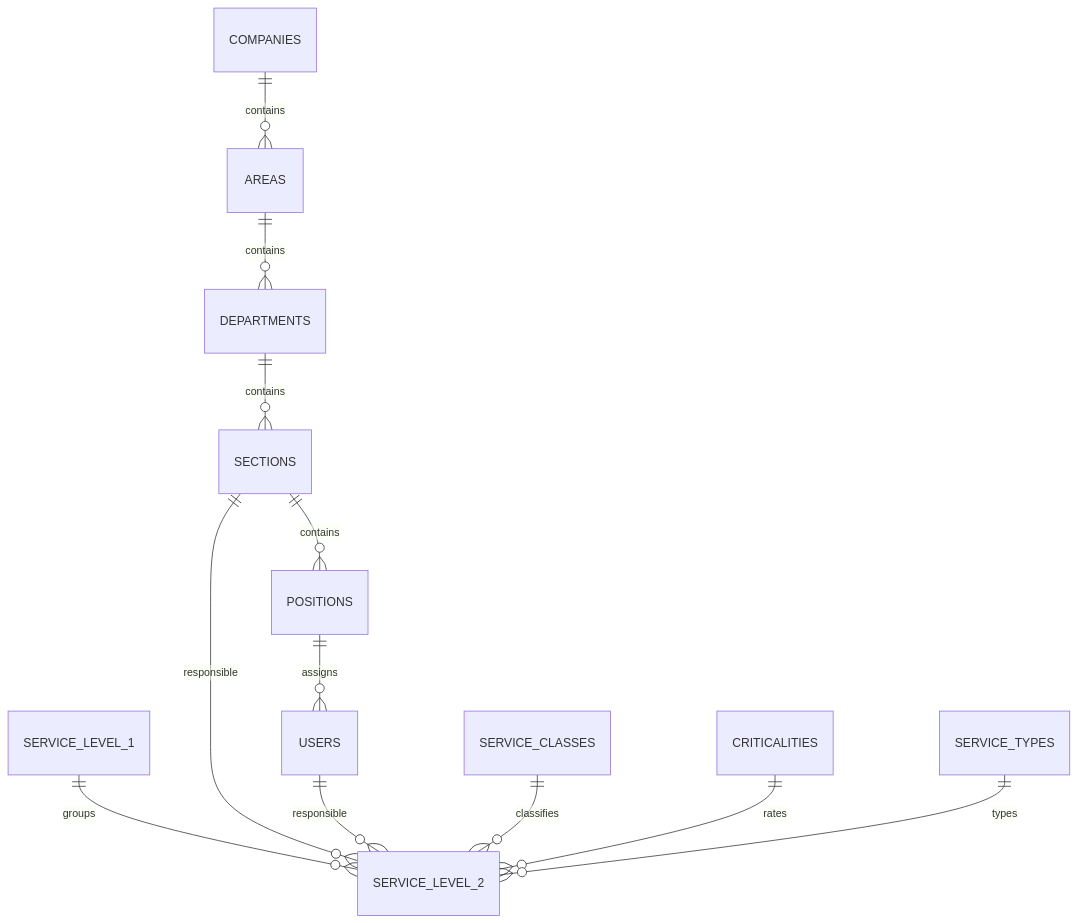
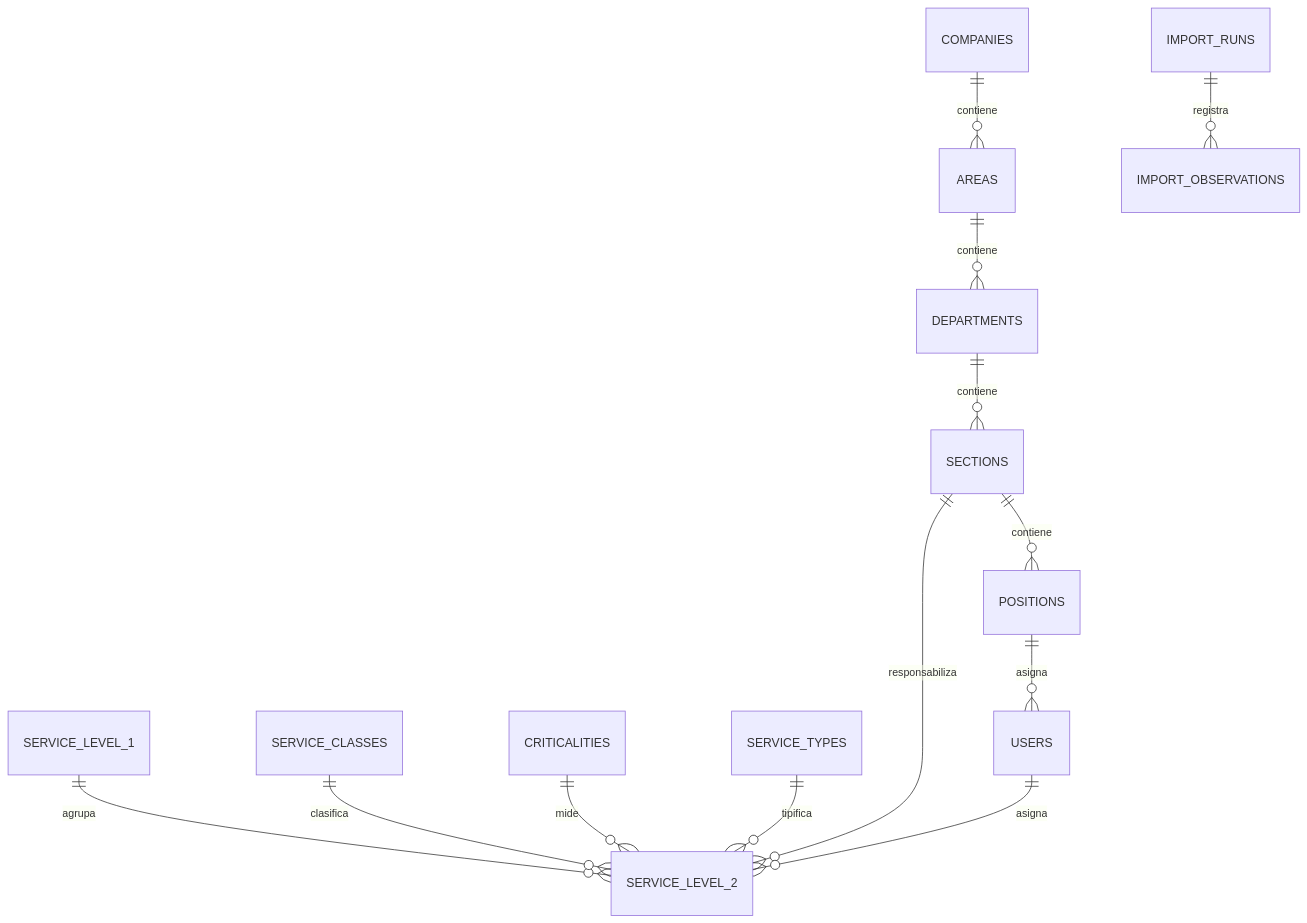
The second of 2 diagrams in docs/RESOLUCION.md (DavidVelasquez77/parcial-catalogo-servicios-202307705), drawn with Mermaid before and after one commit. The commit also changed other lines of this file and 13 other files, not shown here.

````diff
--- a/docs/RESOLUCION.md
+++ b/docs/RESOLUCION.md
@@ -24,14 +119,15 @@
-```mermaid
+~~~mermaid
 erDiagram
-  COMPANIES ||--o{ AREAS : contains
-  AREAS ||--o{ DEPARTMENTS : contains
-  DEPARTMENTS ||--o{ SECTIONS : contains
-  SECTIONS ||--o{ POSITIONS : contains
-  POSITIONS ||--o{ USERS : assigns
-  SERVICE_LEVEL_1 ||--o{ SERVICE_LEVEL_2 : groups
-  SECTIONS ||--o{ SERVICE_LEVEL_2 : responsible
-  USERS ||--o{ SERVICE_LEVEL_2 : responsible
-  SERVICE_CLASSES ||--o{ SERVICE_LEVEL_2 : classifies
-  CRITICALITIES ||--o{ SERVICE_LEVEL_2 : rates
-  SERVICE_TYPES ||--o{ SERVICE_LEVEL_2 : types
-```
+    COMPANIES ||--o{ AREAS : contiene
+    AREAS ||--o{ DEPARTMENTS : contiene
+    DEPARTMENTS ||--o{ SECTIONS : contiene
+    SECTIONS ||--o{ POSITIONS : contiene
+    POSITIONS ||--o{ USERS : asigna
+    SERVICE_LEVEL_1 ||--o{ SERVICE_LEVEL_2 : agrupa
+    SERVICE_CLASSES ||--o{ SERVICE_LEVEL_2 : clasifica
+    CRITICALITIES ||--o{ SERVICE_LEVEL_2 : mide
+    SERVICE_TYPES ||--o{ SERVICE_LEVEL_2 : tipifica
+    SECTIONS ||--o{ SERVICE_LEVEL_2 : responsabiliza
+    USERS ||--o{ SERVICE_LEVEL_2 : asigna
+    IMPORT_RUNS ||--o{ IMPORT_OBSERVATIONS : registra
+~~~
````
